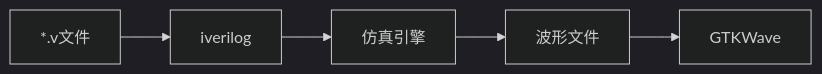
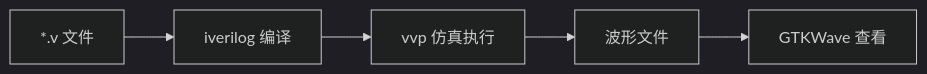
The diagram in src/book/chapter2.md (zhouxzh/FPGA-course), drawn with Mermaid (dark theme) before and after one commit. The commit also changed other lines of this file and 5 other files, not shown here.

````diff
--- a/src/book/chapter2.md
+++ b/src/book/chapter2.md
@@ -18,4 +40,7 @@
-```mermaid architecture.mmd
+```mermaid
 flowchart LR
-    Verilog[*.v文件] --> iverilog --> vvp[仿真引擎] --> VCD[波形文件] --> GTKWave
+    Verilog[*.v 文件] --> IVERILOG[iverilog 编译]
+    IVERILOG --> VVP[vvp 仿真执行]
+    VVP --> WAVE[波形文件]
+    WAVE --> GTKWave[GTKWave 查看]
 ```
````
